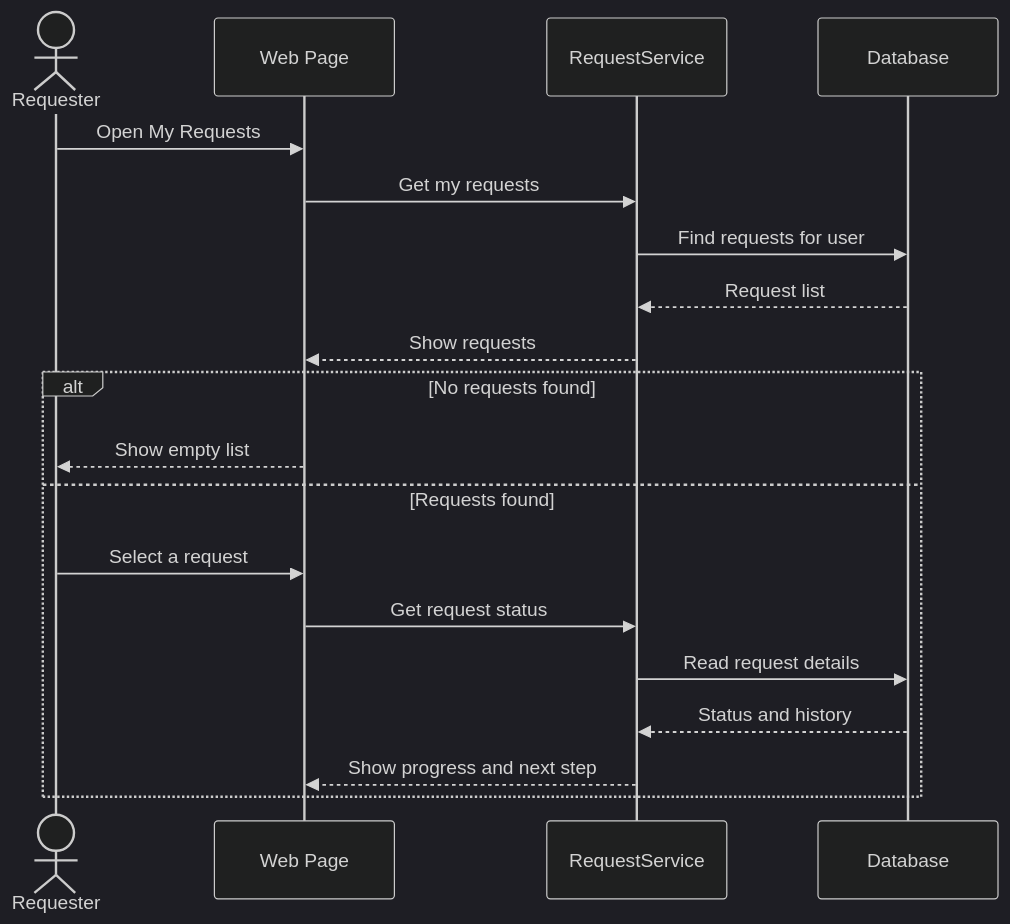
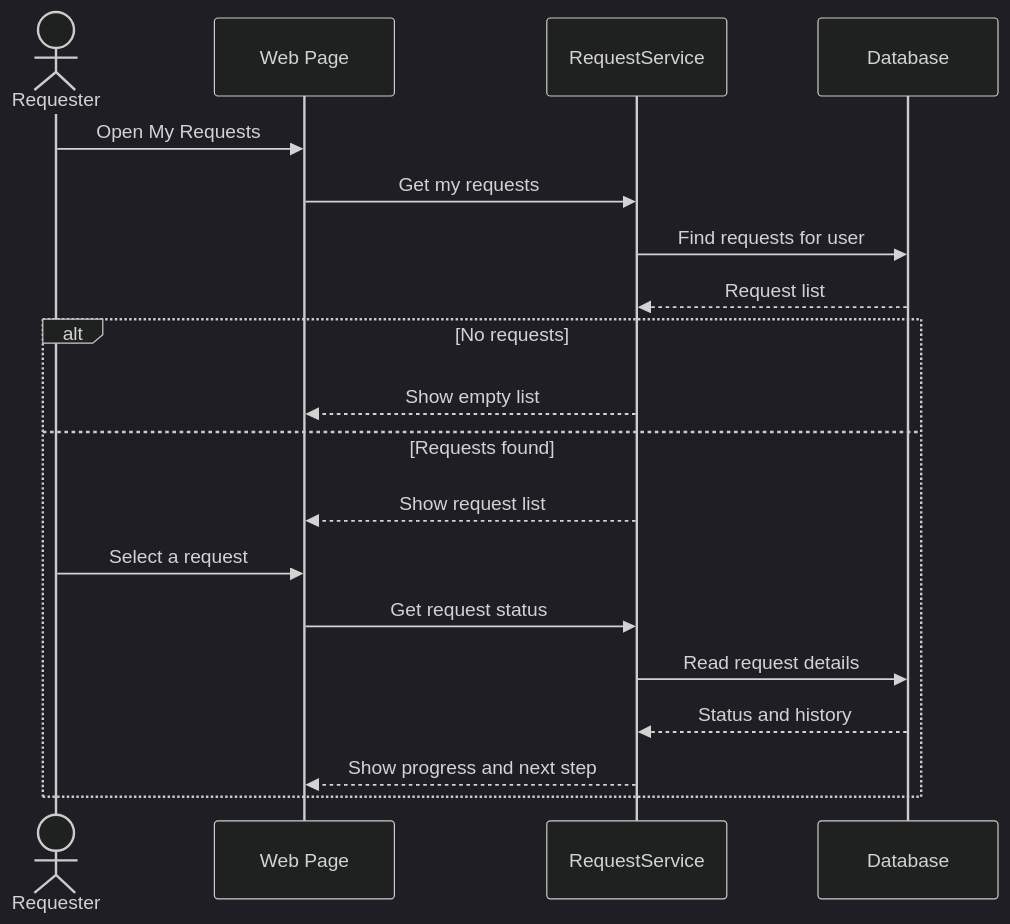
Before and after one commit to Abdulla66541/COSC336-GROUP5: the eighth of 12 diagrams in phase 4-5/01_part1_assets_marketplace_requests.md, drawn with Mermaid (dark theme). The commit also changed other lines of this file, not shown here.

````diff
--- a/phase 4-5/01_part1_assets_marketplace_requests.md
+++ b/phase 4-5/01_part1_assets_marketplace_requests.md
@@ -501,23 +362,23 @@
 ```mermaid
 sequenceDiagram
     actor RQ as Requester
     participant UI as Web Page
     participant S as RequestService
     participant DB as Database
 
     RQ->>UI: Open My Requests
     UI->>S: Get my requests
     S->>DB: Find requests for user
     DB-->>S: Request list
-    S-->>UI: Show requests
 
-    alt No requests found
-        UI-->>RQ: Show empty list
+    alt No requests
+        S-->>UI: Show empty list
     else Requests found
+        S-->>UI: Show request list
         RQ->>UI: Select a request
         UI->>S: Get request status
         S->>DB: Read request details
         DB-->>S: Status and history
         S-->>UI: Show progress and next step
     end
 ```
````
